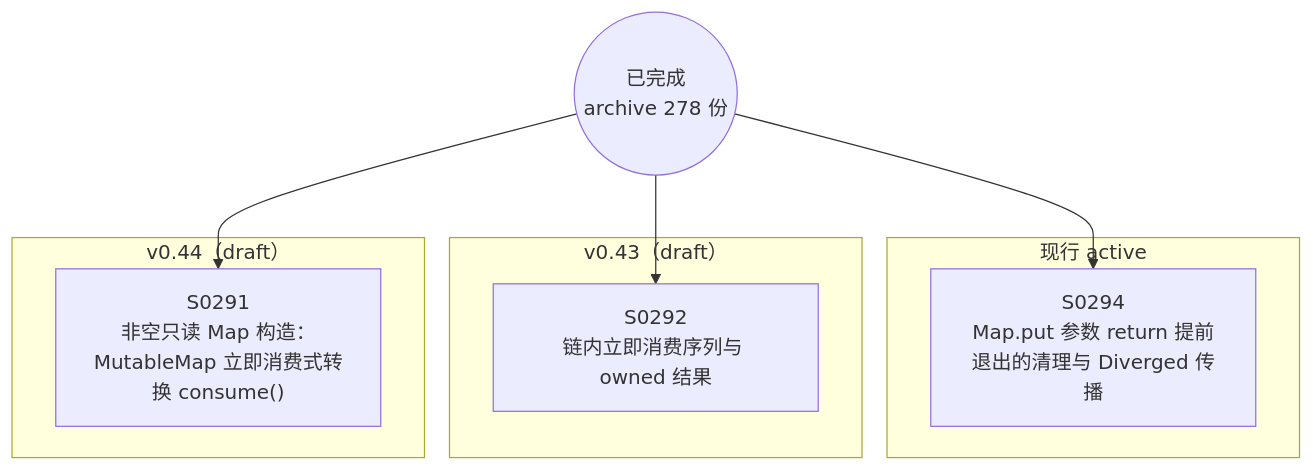
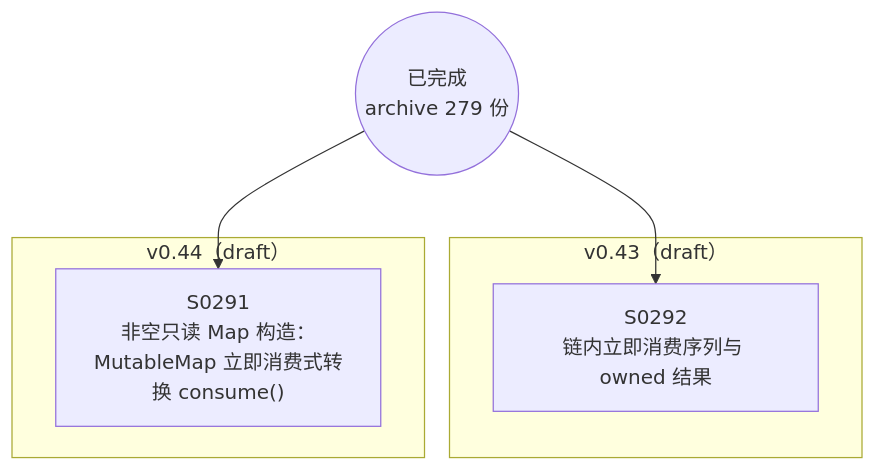
Before and after one commit to Halckon/Koven: the diagram in docs/specs/dependency-graph.md, drawn with Mermaid. The commit also changed other lines of this file and 13 other files, not shown here.

Commit message:
docs(spec): archive bounded Map.put return acceptance (SPEC-0294)

````diff
--- a/docs/specs/dependency-graph.md
+++ b/docs/specs/dependency-graph.md
@@ -9,16 +9,12 @@
 ```mermaid
 flowchart TD
-ARCH(("已完成<br/>archive 278 份"))
-subgraph Gactive["现行 active"]
-  S0294["S0294<br/>Map.put 参数 return 提前退出的清理与 Diverged 传播"]
-end
+ARCH(("已完成<br/>archive 279 份"))
 subgraph Gdrafts_v043["v0.43（draft）"]
   S0292["S0292<br/>链内立即消费序列与 owned 结果"]
 end
 subgraph Gdrafts_v044["v0.44（draft）"]
   S0291["S0291<br/>非空只读 Map 构造：MutableMap 立即消费式转换 consume()"]
 end
 ARCH --> S0291
 ARCH --> S0292
-ARCH --> S0294
 ```
````
